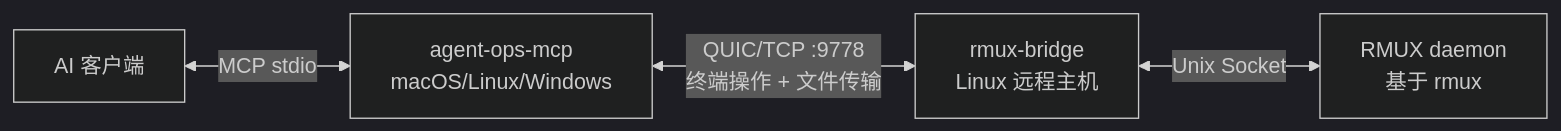
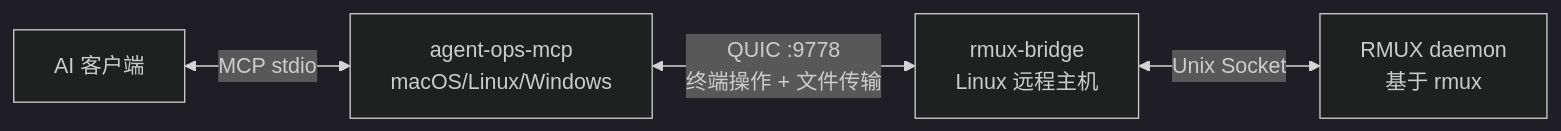
One commit to tddh/agent-ops changed the diagram in README.zh.md. Above: the diagram before and after it, drawn with Mermaid (dark theme). The commit also changed other lines of this file and 16 other files, not shown here.

First line of the commit message:
refactor: 移除 TCP/TLS 回退传输，仅保留 QUIC 协议

````diff
--- a/README.zh.md
+++ b/README.zh.md
@@ -21,6 +21,6 @@
 ```mermaid
 graph LR
     A[AI 客户端] <-->|MCP stdio| B[agent-ops-mcp<br/>macOS/Linux/Windows]
-    B <-->|QUIC/TCP :9778<br/>终端操作 + 文件传输| C[rmux-bridge<br/>Linux 远程主机]
+    B <-->|QUIC :9778<br/>终端操作 + 文件传输| C[rmux-bridge<br/>Linux 远程主机]
     C <-->|Unix Socket| D[RMUX daemon<br/>基于 rmux]
 ```
````
